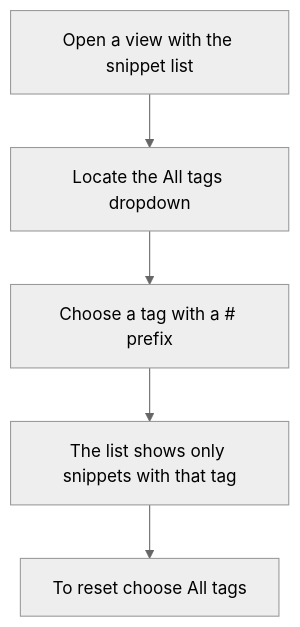
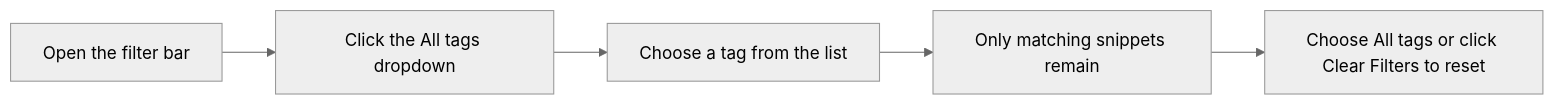
Before and after one commit to Mohita111/API2: the diagram in api2-documentation/plan_2026-11-02_f8890e/user-facing-docs/how-to-filter-posts-by-tags.md, drawn with Mermaid (neutral theme). The commit also changed other lines of this file and 12 other files, not shown here.

````diff
--- a/api2-documentation/plan_2026-11-02_f8890e/user-facing-docs/how-to-filter-posts-by-tags.md
+++ b/api2-documentation/plan_2026-11-02_f8890e/user-facing-docs/how-to-filter-posts-by-tags.md
@@ -23,7 +23,7 @@
 ```mermaid
-graph TD
-    A[Open a view with the snippet list] --> B[Locate the All tags dropdown]
-    B --> C[Choose a tag with a # prefix]
-    C --> D[The list shows only snippets with that tag]
-    D --> E[To reset choose All tags]
+graph LR
+    A[Open the filter bar] --> B[Click the All tags dropdown]
+    B --> C[Choose a tag from the list]
+    C --> D[Only matching snippets remain]
+    D --> E[Choose All tags or click Clear Filters to reset]
 ```
````
